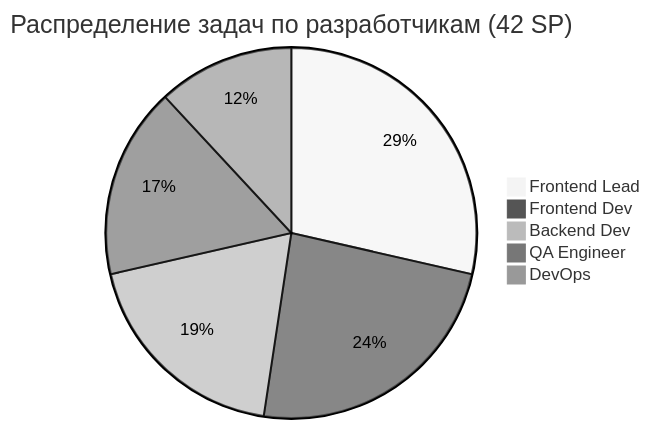
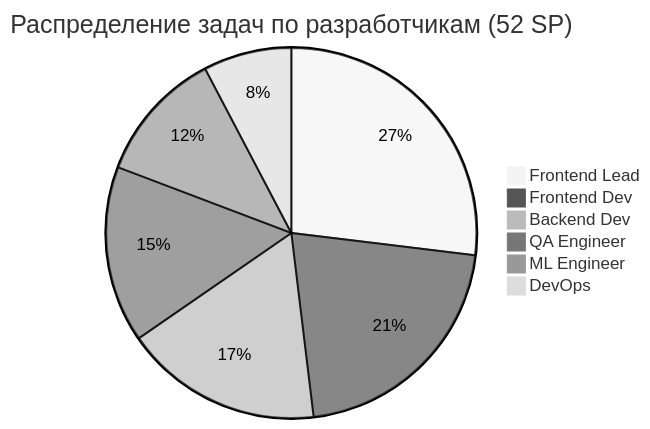
Before and after one commit to HOW2AI-AGENCY/albert3-muse-synth-studio: the fifth of 9 diagrams in project-management/reports/team-dashboard.md, drawn with Mermaid (neutral theme). The commit also changed other lines of this file and 6 other files, not shown here.

````diff
--- a/project-management/reports/team-dashboard.md
+++ b/project-management/reports/team-dashboard.md
@@ -124,8 +124,9 @@
 ```mermaid
-pie title Распределение задач по разработчикам (42 SP)
-    "Frontend Lead" : 12
-    "Frontend Dev" : 10
-    "Backend Dev" : 8
-    "QA Engineer" : 7
-    "DevOps" : 5
+pie title Распределение задач по разработчикам (52 SP)
+    "Frontend Lead" : 14
+    "Frontend Dev" : 11
+    "Backend Dev" : 9
+    "QA Engineer" : 8
+    "ML Engineer" : 6
+    "DevOps" : 4
 ```
````
